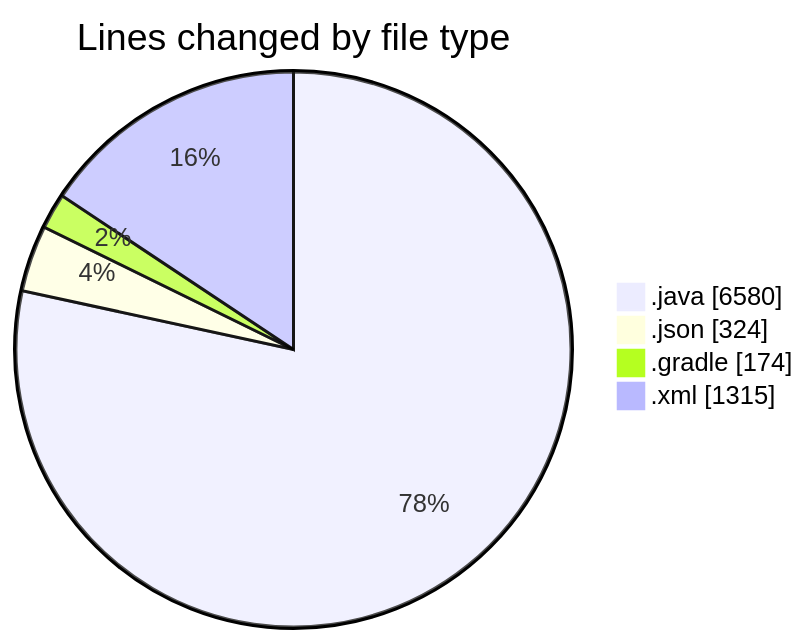
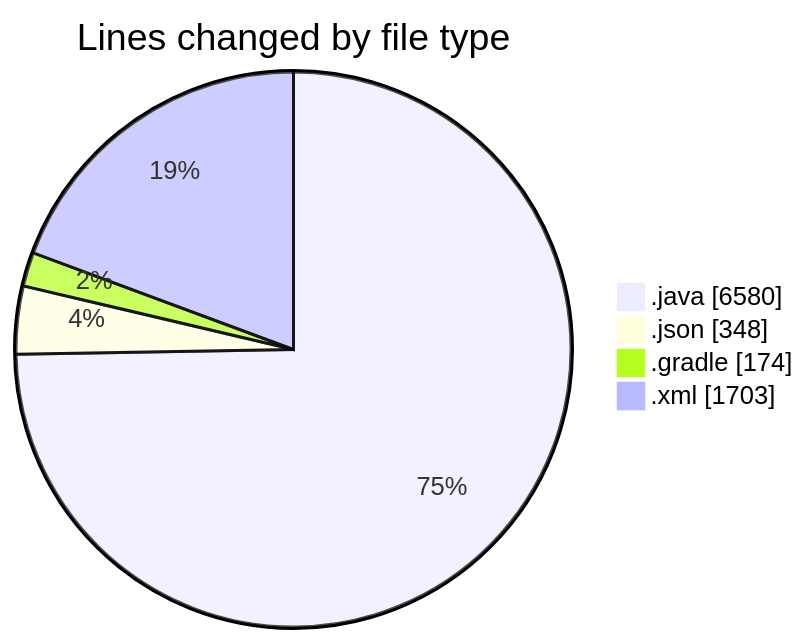
Before and after one commit to charlie-sans/code-tracking: the first of 2 diagrams in 2025-02-22/micros/README.md, drawn with Mermaid. The commit also changed other lines of this file and 1 other file, not shown here.

````diff
--- a/2025-02-22/micros/README.md
+++ b/2025-02-22/micros/README.md
@@ -67,8 +67,8 @@
 ```mermaid
 pie showData
 title Lines changed by file type
 ".java" : 6580
-".json" : 324
+".json" : 348
 ".gradle" : 174
-".xml" : 1315
+".xml" : 1703
 ```
````
